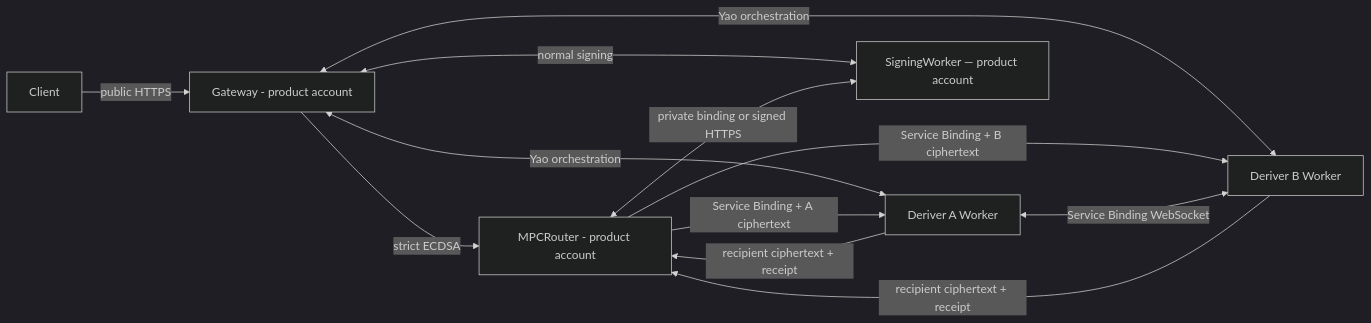
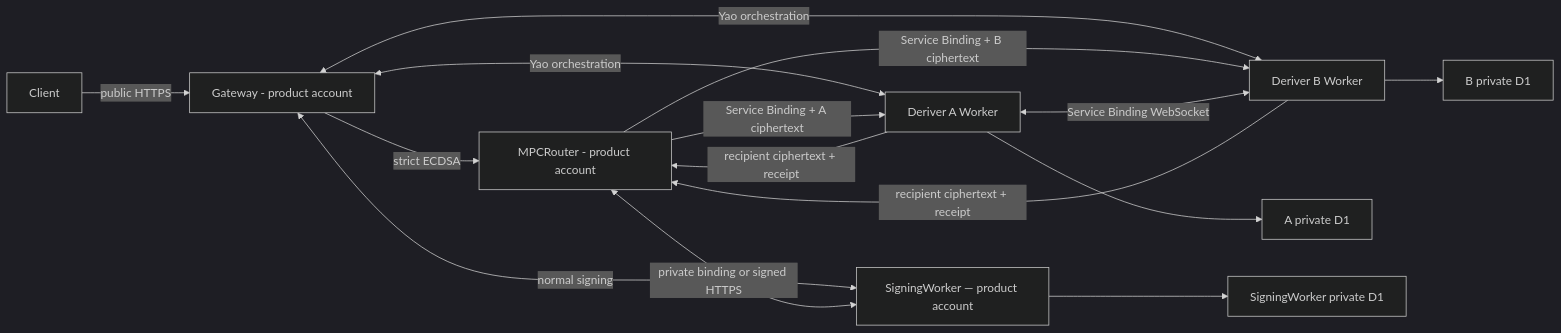
One commit to seams-tech/seams-sdk changed the diagram in docs/router-ab/deployment.md. Above: the diagram before and after it, drawn with Mermaid (dark theme). The commit also changed other lines of this file and 4 other files, not shown here.

````diff
--- a/docs/router-ab/deployment.md
+++ b/docs/router-ab/deployment.md
@@ -49,14 +50,17 @@
 ```mermaid
 flowchart LR
   C["Client"] -->|"public HTTPS"| G["Gateway - product account"]
   G -->|"strict ECDSA"| R["MPCRouter - product account"]
   G <-->|"Yao orchestration"| A
   G <-->|"Yao orchestration"| B
   G <-->|"normal signing"| SW
   R -->|"Service Binding + A ciphertext"| A["Deriver A Worker"]
   R -->|"Service Binding + B ciphertext"| B["Deriver B Worker"]
   A <-->|"Service Binding WebSocket"| B
   A -->|"recipient ciphertext + receipt"| R
   B -->|"recipient ciphertext + receipt"| R
   R <-->|"private binding or signed HTTPS"| SW["SigningWorker — product account"]
+  A --> AD["A private D1"]
+  B --> BD["B private D1"]
+  SW --> SD["SigningWorker private D1"]
 ```
````
